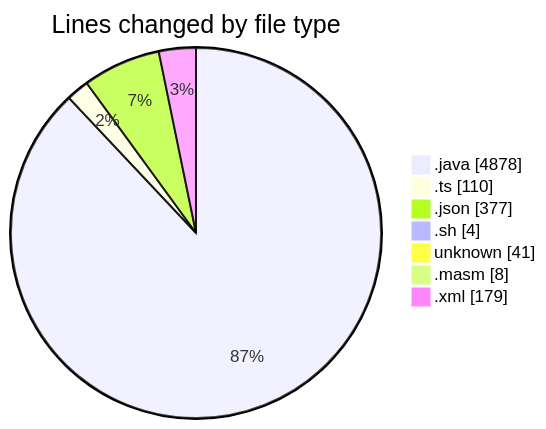
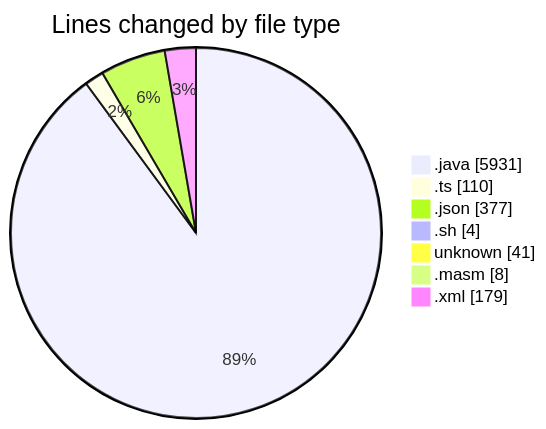
The first of 2 diagrams in 2025-02-20/micros/README.md (charlie-sans/code-tracking), drawn with Mermaid before and after one commit. The commit also changed other lines of this file and 1 other file, not shown here.

````diff
--- a/2025-02-20/micros/README.md
+++ b/2025-02-20/micros/README.md
@@ -43,11 +43,11 @@
 ```mermaid
 pie showData
 title Lines changed by file type
-".java" : 4878
+".java" : 5931
 ".ts" : 110
 ".json" : 377
 ".sh" : 4
 "unknown" : 41
 ".masm" : 8
 ".xml" : 179
 ```
````
